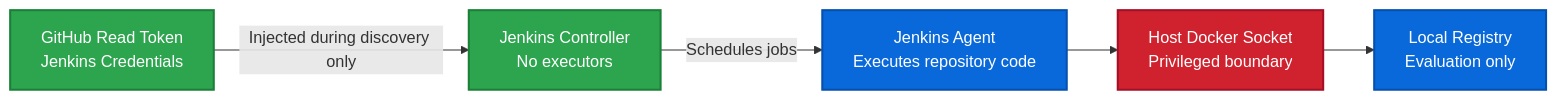
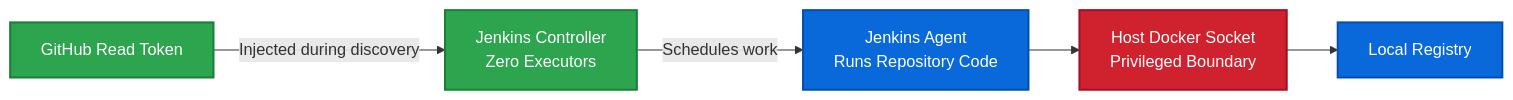
Before and after one commit to meghanareddy08/Txstate-DevOps-Assignment: the eighth of 8 diagrams in docs/architecture.md, drawn with Mermaid. The commit also changed other lines of this file, not shown here.

Commit message:
Simplify architecture documentation

````diff
--- a/docs/architecture.md
+++ b/docs/architecture.md
@@ -328,25 +226,25 @@
 ```mermaid
 flowchart LR
-    CONTROLLER[Jenkins Controller<br/>No executors]
+    TOKEN[GitHub Read Token]
 
-    AGENT[Jenkins Agent<br/>Executes repository code]
+    CONTROLLER[Jenkins Controller<br/>Zero Executors]
 
-    SOCKET[Host Docker Socket<br/>Privileged boundary]
+    AGENT[Jenkins Agent<br/>Runs Repository Code]
 
-    REGISTRY[Local Registry<br/>Evaluation only]
+    SOCKET[Host Docker Socket<br/>Privileged Boundary]
 
-    TOKEN[GitHub Read Token<br/>Jenkins Credentials]
+    REGISTRY[Local Registry]
 
-    TOKEN -->|Injected during discovery only| CONTROLLER
-    CONTROLLER -->|Schedules jobs| AGENT
+    TOKEN -->|Injected during discovery| CONTROLLER
+    CONTROLLER -->|Schedules work| AGENT
     AGENT --> SOCKET
     SOCKET --> REGISTRY
 
     classDef safe fill:#2da44e,color:#ffffff,stroke:#1a7f37,stroke-width:2px;
+    classDef runtime fill:#0969da,color:#ffffff,stroke:#0550ae,stroke-width:2px;
     classDef sensitive fill:#cf222e,color:#ffffff,stroke:#a40e26,stroke-width:2px;
-    classDef service fill:#0969da,color:#ffffff,stroke:#0550ae,stroke-width:2px;
 
-    class CONTROLLER,TOKEN safe;
-    class AGENT,REGISTRY service;
+    class TOKEN,CONTROLLER safe;
+    class AGENT,REGISTRY runtime;
     class SOCKET sensitive;
 ```
````
